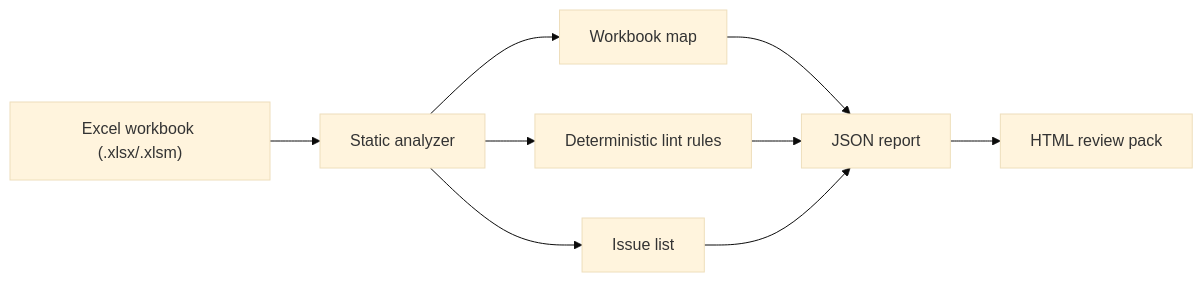
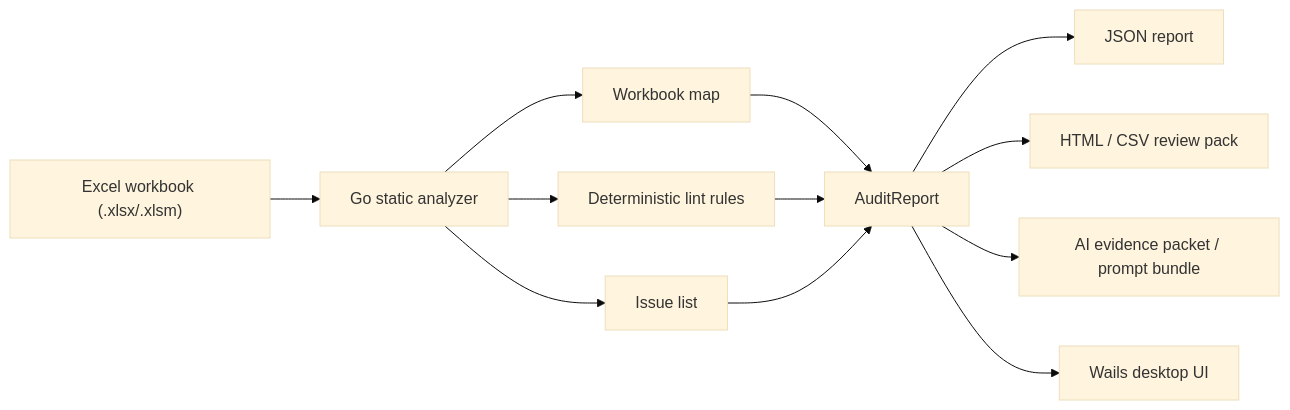
One commit to fyne-coder/spreadsheet-auditor changed the first of 2 diagrams in docs/architecture.md. Above: the diagram before and after it, drawn with Mermaid (base theme). The commit also changed other lines of this file and 96 other files, not shown here.

````diff
--- a/docs/architecture.md
+++ b/docs/architecture.md
@@ -5,11 +5,14 @@
 ```mermaid
 flowchart LR
-    A["Excel workbook (.xlsx/.xlsm)"] --> B["Static analyzer"]
+    A["Excel workbook (.xlsx/.xlsm)"] --> B["Go static analyzer"]
     B --> C["Workbook map"]
     B --> D["Deterministic lint rules"]
     B --> E["Issue list"]
-    C --> F["JSON report"]
+    C --> F["AuditReport"]
     D --> F
     E --> F
-    F --> G["HTML review pack"]
+    F --> G["JSON report"]
+    F --> H["HTML / CSV review pack"]
+    F --> I["AI evidence packet / prompt bundle"]
+    F --> J["Wails desktop UI"]
 ```
````
